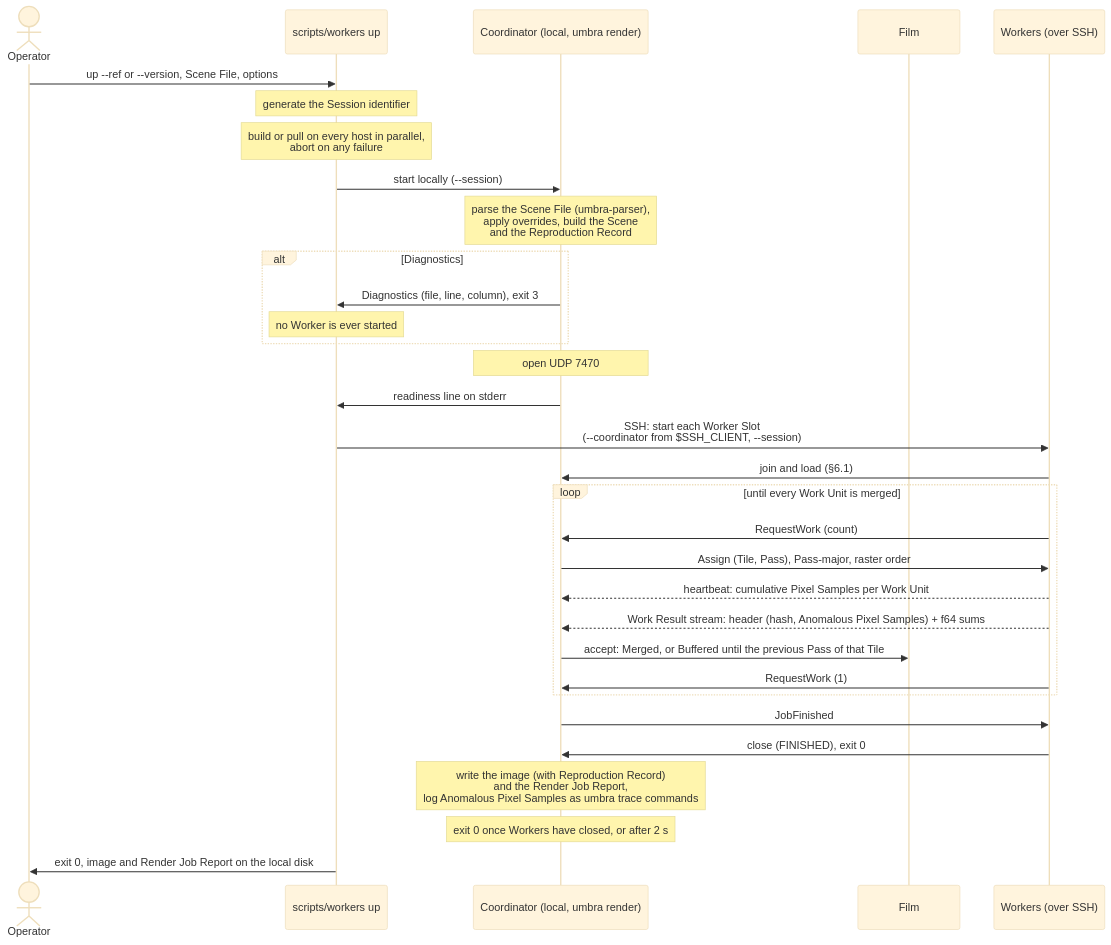
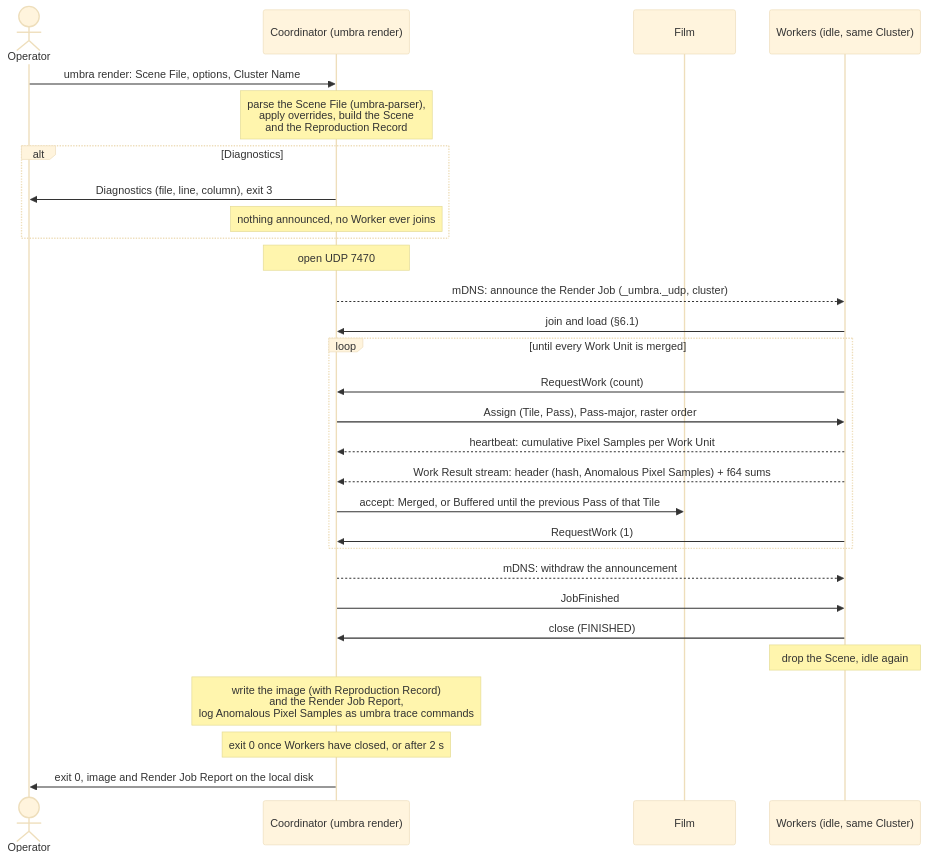
The second of 6 diagrams in docs/architecture/06-runtime-view.md (sergioffpc/umbra), drawn with Mermaid (base theme) before and after one commit. The commit also changed other lines of this file and 17 other files, not shown here.

````diff
--- a/docs/architecture/06-runtime-view.md
+++ b/docs/architecture/06-runtime-view.md
@@ -46,34 +49,31 @@
 ```mermaid
 sequenceDiagram
     actor O as Operator
-    participant S as scripts/workers up
-    participant C as Coordinator (local, umbra render)
+    participant C as Coordinator (umbra render)
     participant F as Film
-    participant W as Workers (over SSH)
-    O->>S: up --ref or --version, Scene File, options
-    Note over S: generate the Session identifier
-    Note over S: build or pull on every host in parallel,<br/>abort on any failure
-    S->>C: start locally (--session)
+    participant W as Workers (idle, same Cluster)
+    O->>C: umbra render: Scene File, options, Cluster Name
     Note over C: parse the Scene File (umbra-parser),<br/>apply overrides, build the Scene<br/>and the Reproduction Record
     alt Diagnostics
-        C->>S: Diagnostics (file, line, column), exit 3
-        Note over S: no Worker is ever started
+        C->>O: Diagnostics (file, line, column), exit 3
+        Note over C: nothing announced, no Worker ever joins
     end
     Note over C: open UDP 7470
-    C->>S: readiness line on stderr
-    S->>W: SSH: start each Worker Slot<br/>(--coordinator from $SSH_CLIENT, --session)
+    C-->>W: mDNS: announce the Render Job (_umbra._udp, cluster)
     W->>C: join and load (§6.1)
     loop until every Work Unit is merged
         W->>C: RequestWork (count)
         C->>W: Assign (Tile, Pass), Pass-major, raster order
         W-->>C: heartbeat: cumulative Pixel Samples per Work Unit
         W-->>C: Work Result stream: header (hash, Anomalous Pixel Samples) + f64 sums
         C->>F: accept: Merged, or Buffered until the previous Pass of that Tile
         W->>C: RequestWork (1)
     end
+    C-->>W: mDNS: withdraw the announcement
     C->>W: JobFinished
-    W->>C: close (FINISHED), exit 0
+    W->>C: close (FINISHED)
+    Note over W: drop the Scene, idle again
     Note over C: write the image (with Reproduction Record)<br/>and the Render Job Report,<br/>log Anomalous Pixel Samples as umbra trace commands
     Note over C: exit 0 once Workers have closed, or after 2 s
-    S->>O: exit 0, image and Render Job Report on the local disk
+    C->>O: exit 0, image and Render Job Report on the local disk
 ```
````
